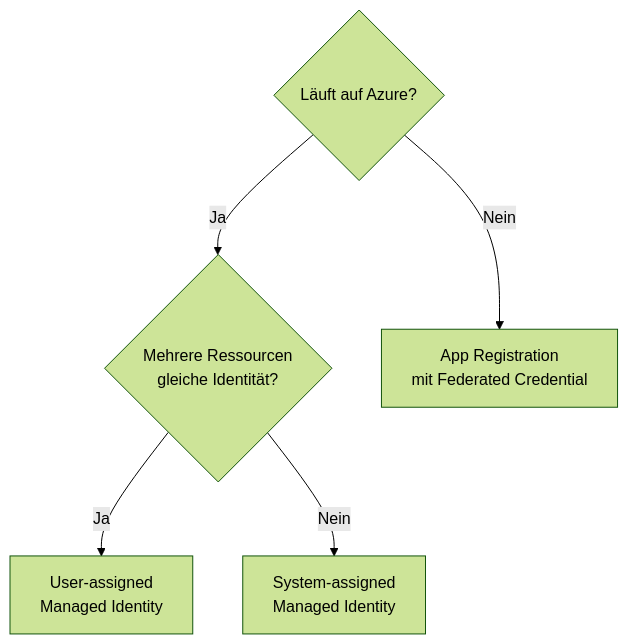
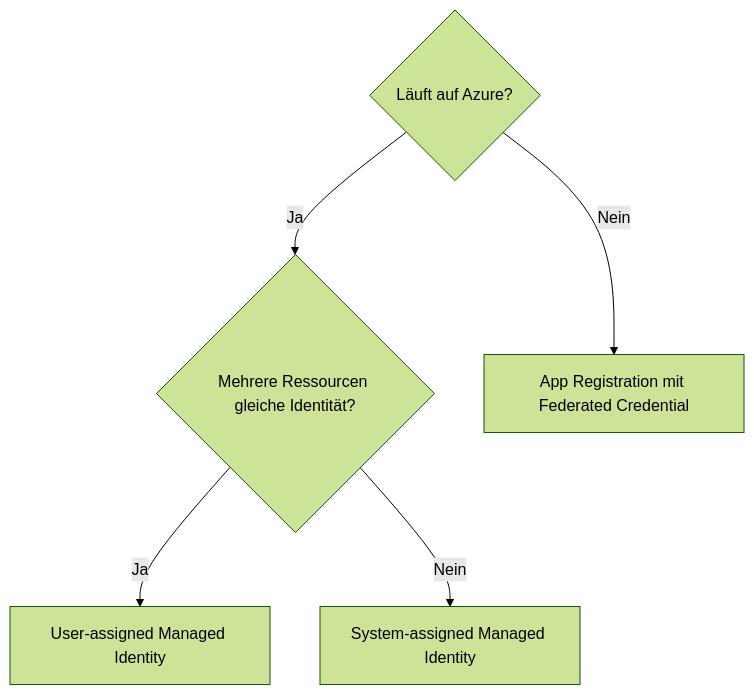
The fourth of 5 diagrams in Microsoft 365/Azure/Identität und Schlüssel/Azure Managed Identities.md (SoniiiT/notes-n-docs), drawn with Mermaid (forest theme) before and after one commit. The commit also changed other lines of this file and 124 other files, not shown here.

First line of the commit message:
fix: Entferne \n aus allen Mermaid-Diagrammen (125 Dateien)

````diff
--- a/Microsoft 365/Azure/Identität und Schlüssel/Azure Managed Identities.md
+++ b/Microsoft 365/Azure/Identität und Schlüssel/Azure Managed Identities.md
@@ -282,7 +282,7 @@
 ```mermaid
 graph TD
-    A{Läuft auf Azure?} -->|Ja| B{Mehrere Ressourcen\ngleiche Identität?}
-    A -->|Nein| C[App Registration\nmit Federated Credential]
-    B -->|Ja| D[User-assigned\nManaged Identity]
-    B -->|Nein| E[System-assigned\nManaged Identity]
+    A{Läuft auf Azure?} -->|Ja| B{Mehrere Ressourcen gleiche Identität?}
+    A -->|Nein| C[App Registration mit Federated Credential]
+    B -->|Ja| D[User-assigned Managed Identity]
+    B -->|Nein| E[System-assigned Managed Identity]
 ```
````
